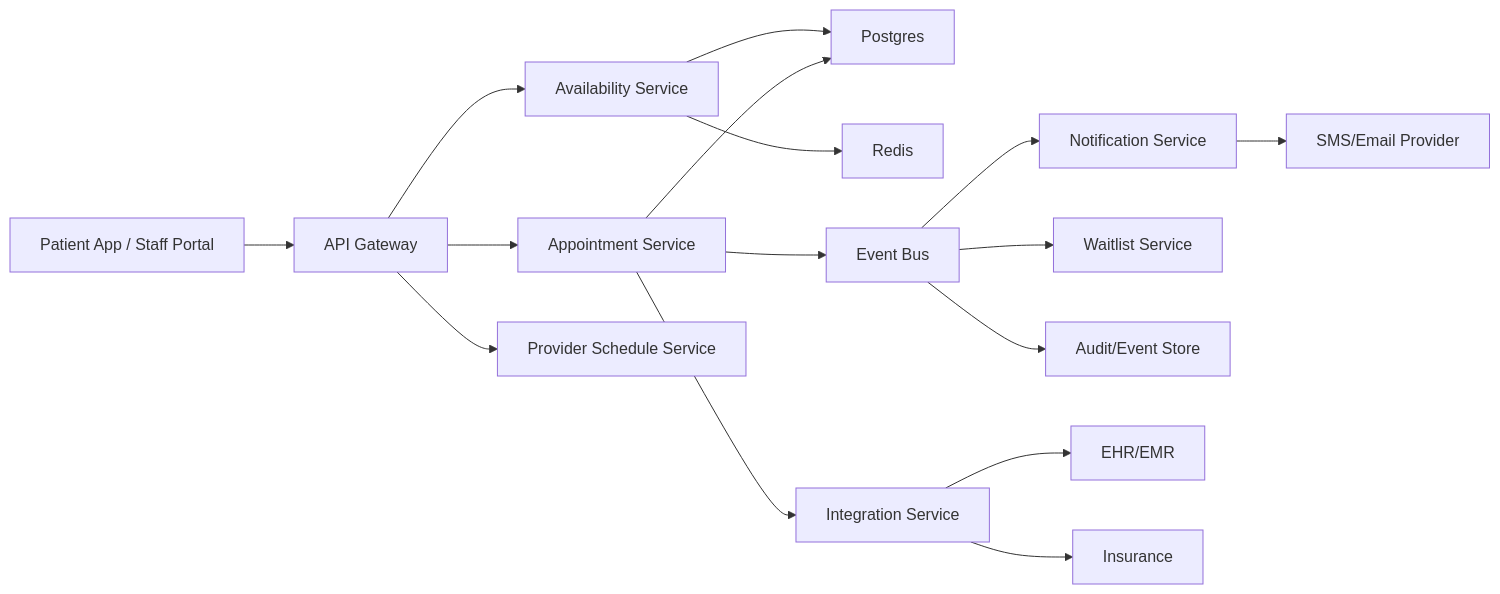
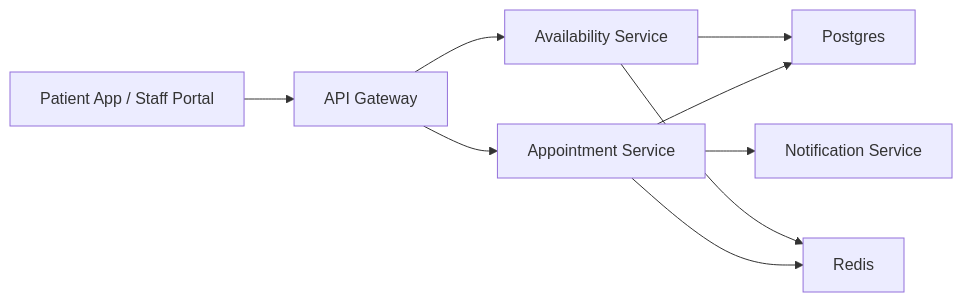
The diagram in diagrams/01-high-level.mmd (hatan4ik/system-design-hospital-appointments), drawn with Mermaid before and after one commit. The commit also changed 18 other files, not shown here.

```diff
--- a/diagrams/01-high-level.mmd
+++ b/diagrams/01-high-level.mmd
@@ -1,17 +1,10 @@
 flowchart LR
   Client[Patient App / Staff Portal] --> API[API Gateway]
   API --> AS[Appointment Service]
   API --> AV[Availability Service]
-  API --> PS[Provider Schedule Service]
 
   AS --> PG[Postgres]
+  AS --> R[Redis]
+  AV --> PG
   AV --> R[Redis]
-  AV --> PG
-  AS --> BUS[Event Bus]
-  BUS --> NS[Notification Service]
-  BUS --> WL[Waitlist Service]
-  BUS --> AUD[Audit/Event Store]
-  NS --> SMS[SMS/Email Provider]
-  AS --> INT[Integration Service]
-  INT --> EHR[EHR/EMR]
-  INT --> INS[Insurance]
+  AS --> NS[Notification Service]
```
